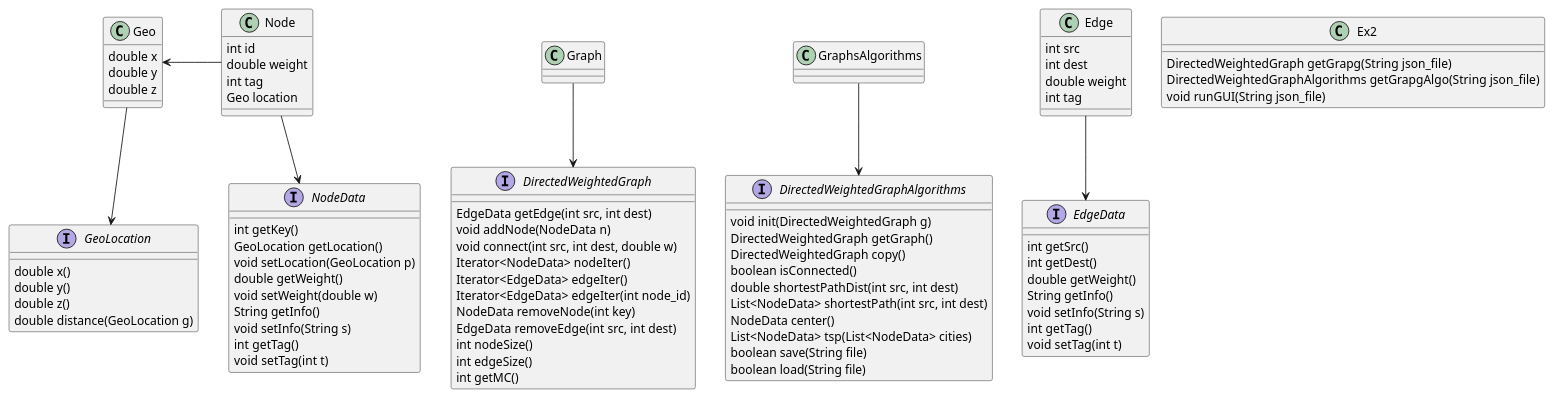
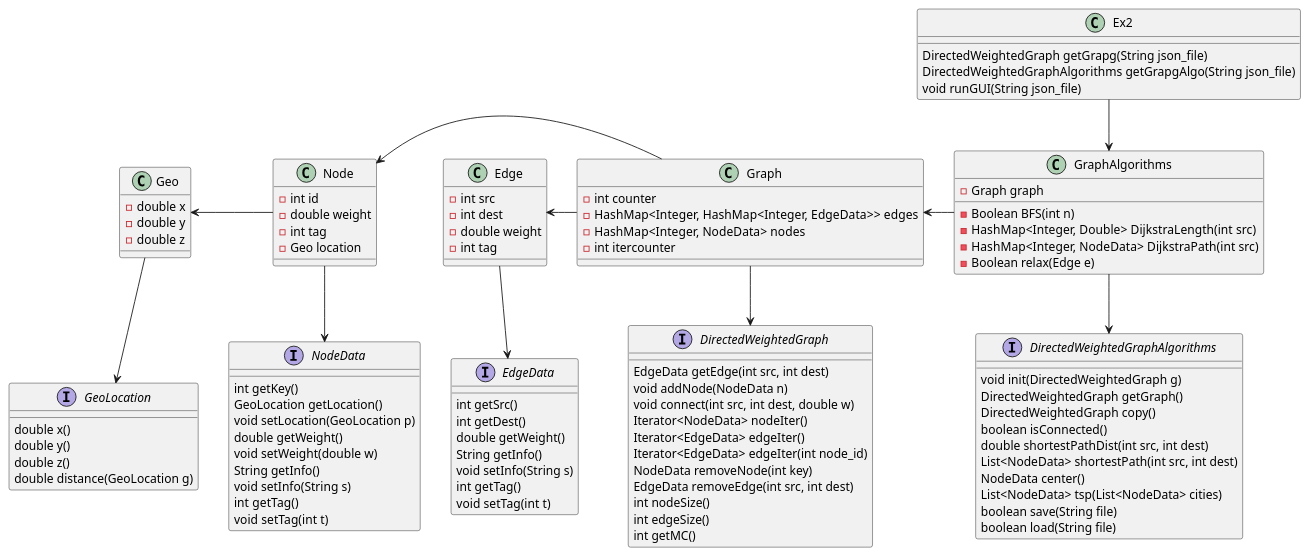
One commit to RoniPick/Directed-Weighted-graphs-Java changed the diagram in out/production/Ex2_OOP/Ex2_.puml. Above: the diagram before and after it, drawn with PlantUML. The commit also changed 15 other files, not shown here.

```diff
--- a/out/production/Ex2_OOP/Ex2_.puml
+++ b/out/production/Ex2_OOP/Ex2_.puml
@@ -1,94 +1,112 @@
 @startuml
 'https://plantuml.com/class-diagram
 
 interface DirectedWeightedGraph{
 	EdgeData getEdge(int src, int dest)
 	void addNode(NodeData n)
 	void connect(int src, int dest, double w)
 	Iterator<NodeData> nodeIter()
 	Iterator<EdgeData> edgeIter()
 	Iterator<EdgeData> edgeIter(int node_id)
 	NodeData removeNode(int key)
 	EdgeData removeEdge(int src, int dest)
 	int nodeSize()
 	int edgeSize()
 	int getMC()
 }
 interface DirectedWeightedGraphAlgorithms{
     void init(DirectedWeightedGraph g)
     DirectedWeightedGraph getGraph()
     DirectedWeightedGraph copy()
     boolean isConnected()
     double shortestPathDist(int src, int dest)
     List<NodeData> shortestPath(int src, int dest)
     NodeData center()
     List<NodeData> tsp(List<NodeData> cities)
     boolean save(String file)
     boolean load(String file)
 }
 interface EdgeData{
     int getSrc()
 	int getDest()
 	double getWeight()
 	String getInfo()
 	void setInfo(String s)
 	int getTag()
 	void setTag(int t)
 }
 
 interface NodeData{
     int getKey()
 	GeoLocation getLocation()
 	void setLocation(GeoLocation p)
 	double getWeight()
 	void setWeight(double w)
 	String getInfo()
 	void setInfo(String s)
 	int getTag()
 	void setTag(int t)
 }
 
 interface GeoLocation{
     double x()
     double y()
     double z()
     double distance(GeoLocation g)
 }
 class Node {
- int id
- double weight
-  int tag
-  Geo location
+ - int id
+ - double weight
+ - int tag
+ - Geo location
+
 }
 
 class Geo {
-double x
-double y
-double z
+- double x
+- double y
+- double z
 
 }
 class Edge {
-    int src
-    int dest
-    double weight
-    int tag
+- int src
+- int dest
+- double weight
+- int tag
 }
 class Graph{
+- int counter
+- HashMap<Integer, HashMap<Integer, EdgeData>> edges
+- HashMap<Integer, NodeData> nodes
+- int itercounter
 }
-class GraphsAlgorithms{
+
+class GraphAlgorithms{
+- Graph graph
+- Boolean BFS(int n)
+- HashMap<Integer, Double> DijkstraLength(int src)
+- HashMap<Integer, NodeData> DijkstraPath(int src)
+- Boolean relax(Edge e)
+
 }
 
 class Ex2 {
 DirectedWeightedGraph getGrapg(String json_file)
 DirectedWeightedGraphAlgorithms getGrapgAlgo(String json_file)
 void runGUI(String json_file)
 }
 
+Ex2 -down-> GraphAlgorithms
+GraphAlgorithms -down-> DirectedWeightedGraphAlgorithms
+GraphAlgorithms -left-> Graph
 Graph -down-> DirectedWeightedGraph
-GraphsAlgorithms -down-> DirectedWeightedGraphAlgorithms
+Graph -left-> Edge
 Edge -down-> EdgeData
+Graph -left-> Node
 Node -down-> NodeData
+Node -left-> Geo
 Geo -down-> GeoLocation
-Node -left-> Geo
+
+
 
 @enduml
```
